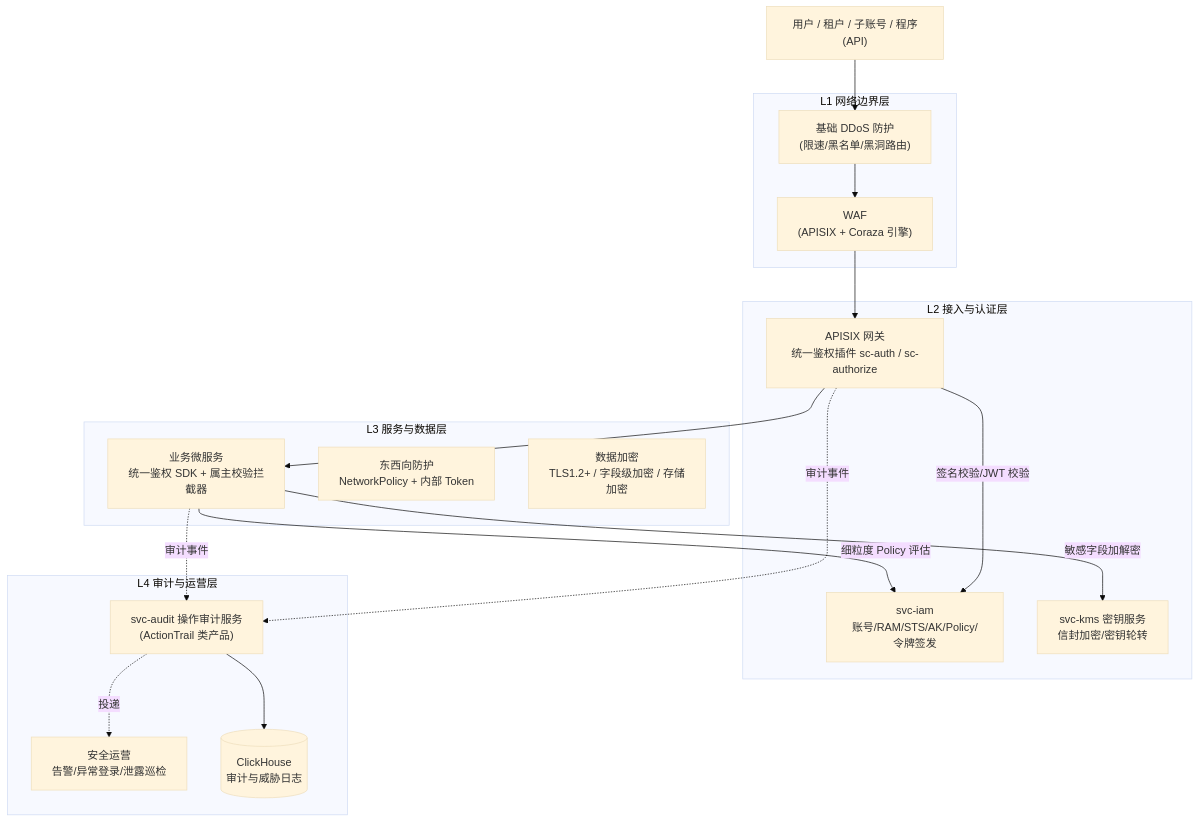
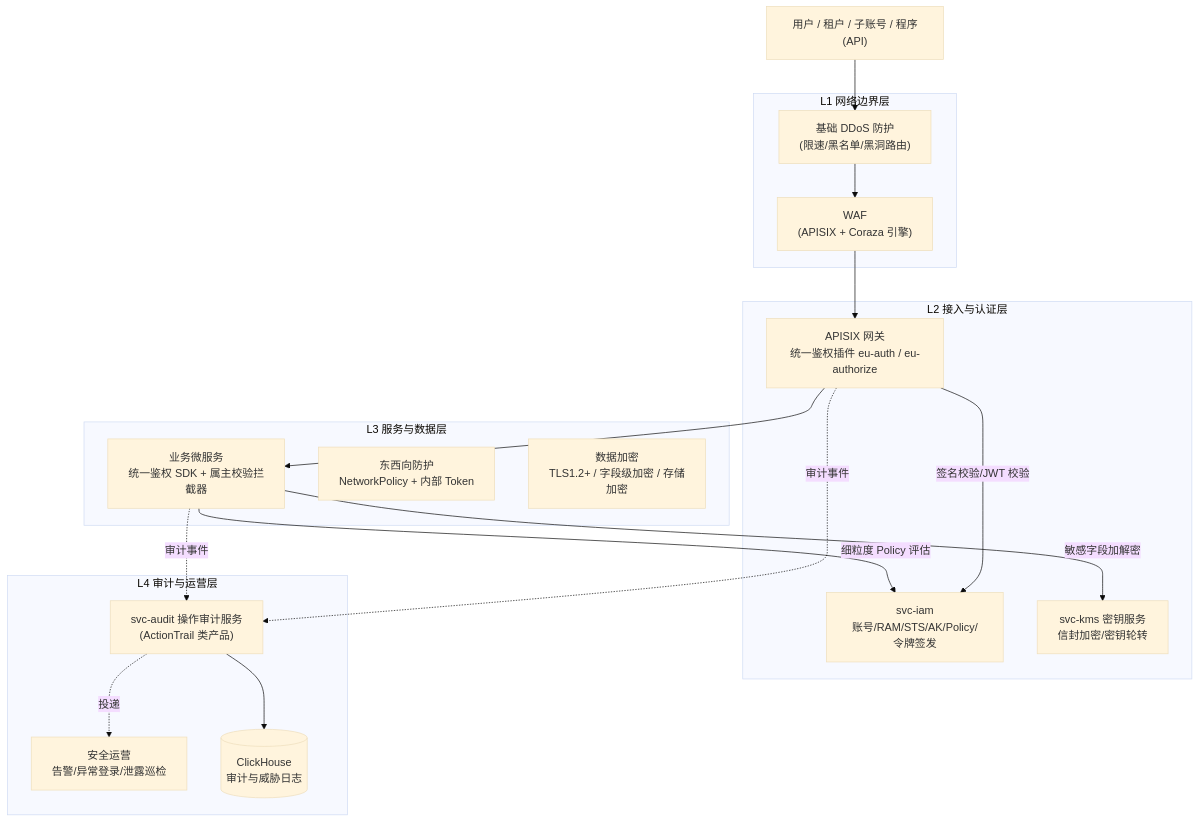
One commit to qifalab/euler-platform changed the first of 8 diagrams in docs/architecture/07-security.md. Above: the diagram before and after it, drawn with Mermaid (base theme). The commit also changed other lines of this file and 505 other files, not shown here.

````diff
--- a/docs/architecture/07-security.md
+++ b/docs/architecture/07-security.md
@@ -24,31 +24,31 @@
 ```mermaid
 flowchart TB
     subgraph L1["L1 网络边界层"]
         DD["基础 DDoS 防护<br/>(限速/黑名单/黑洞路由)"]
         WAF["WAF<br/>(APISIX + Coraza 引擎)"]
     end
     subgraph L2["L2 接入与认证层"]
-        GW["APISIX 网关<br/>统一鉴权插件 sc-auth / sc-authorize"]
+        GW["APISIX 网关<br/>统一鉴权插件 eu-auth / eu-authorize"]
         IAM["svc-iam<br/>账号/RAM/STS/AK/Policy/令牌签发"]
         KMS["svc-kms 密钥服务<br/>信封加密/密钥轮转"]
     end
     subgraph L3["L3 服务与数据层"]
         SVC["业务微服务<br/>统一鉴权 SDK + 属主校验拦截器"]
         NET["东西向防护<br/>NetworkPolicy + 内部 Token"]
         ENC["数据加密<br/>TLS1.2+ / 字段级加密 / 存储加密"]
     end
     subgraph L4["L4 审计与运营层"]
         AUDIT["svc-audit 操作审计服务<br/>(ActionTrail 类产品)"]
         SOC["安全运营<br/>告警/异常登录/泄露巡检"]
         CK[("ClickHouse<br/>审计与威胁日志")]
     end
     USER["用户 / 租户 / 子账号 / 程序(API)"] --> DD --> WAF --> GW
     GW -- "签名校验/JWT 校验" --> IAM
     GW --> SVC
     SVC -- "细粒度 Policy 评估" --> IAM
     SVC -- "敏感字段加解密" --> KMS
     GW -. "审计事件" .-> AUDIT
     SVC -. "审计事件" .-> AUDIT
     AUDIT --> CK
     AUDIT -. "投递" .-> SOC
 ```
````
